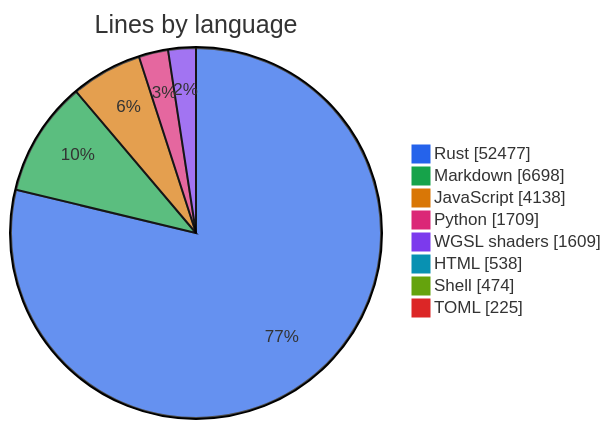
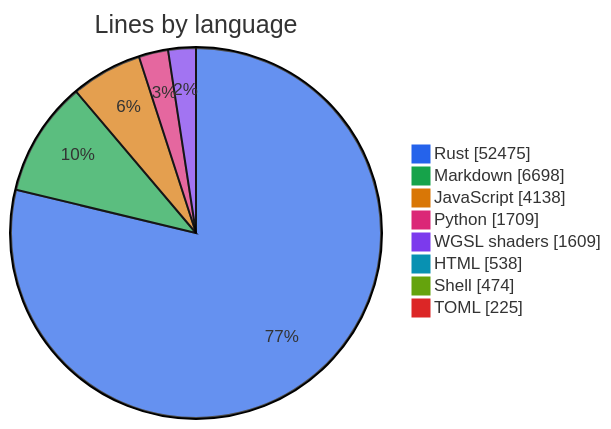
One commit to thomascherickal/ferrum-gpu changed the first of 2 diagrams in metrics.md. Above: the diagram before and after it, drawn with Mermaid. The commit also changed other lines of this file and 2 other files, not shown here.

````diff
--- a/metrics.md
+++ b/metrics.md
@@ -22,12 +22,12 @@
 ```mermaid
 %%{init: {"theme": "base", "themeVariables": {"pie1": "#2563eb", "pie2": "#16a34a", "pie3": "#d97706", "pie4": "#db2777", "pie5": "#7c3aed", "pie6": "#0891b2", "pie7": "#65a30d", "pie8": "#dc2626"}}}%%
 pie showData title Lines by language
-    "Rust" : 52477
+    "Rust" : 52475
     "Markdown" : 6698
     "JavaScript" : 4138
     "Python" : 1709
     "WGSL shaders" : 1609
     "HTML" : 538
     "Shell" : 474
     "TOML" : 225
 ```
````
